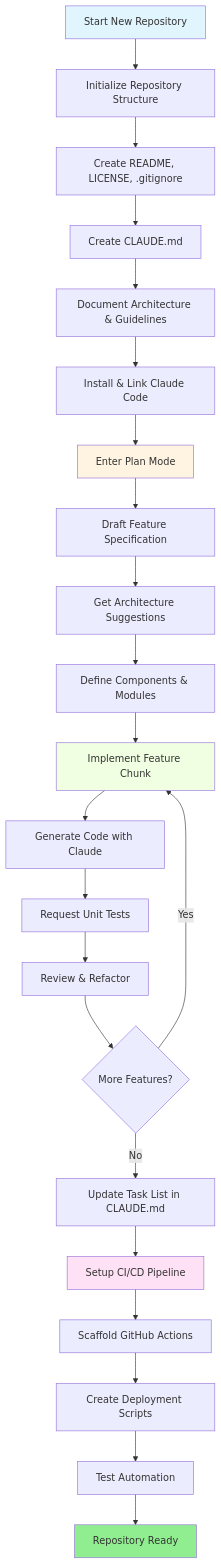
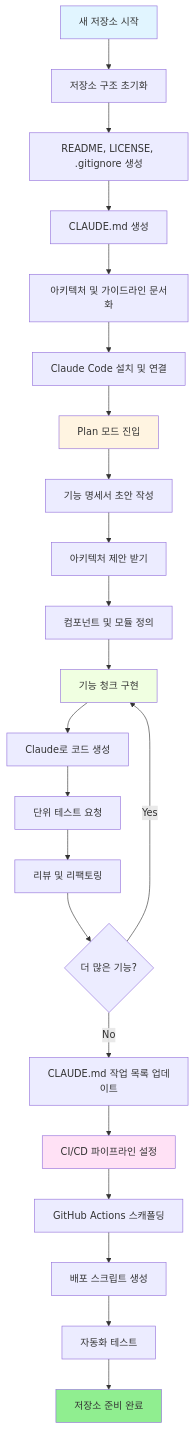
Before and after one commit to cp-khs/claude-howto: the first of 2 diagrams in resources.md, drawn with Mermaid. The commit also changed other lines of this file and 6 other files, not shown here.

````diff
--- a/resources.md
+++ b/resources.md
@@ -121,33 +121,33 @@
 ```mermaid
 graph TD
-    A[Start New Repository] --> B[Initialize Repository Structure]
-    B --> C[Create README, LICENSE, .gitignore]
-    C --> D[Create CLAUDE.md]
-    D --> E[Document Architecture & Guidelines]
-    E --> F[Install & Link Claude Code]
+    A[새 저장소 시작] --> B[저장소 구조 초기화]
+    B --> C[README, LICENSE, .gitignore 생성]
+    C --> D[CLAUDE.md 생성]
+    D --> E[아키텍처 및 가이드라인 문서화]
+    E --> F[Claude Code 설치 및 연결]
 
-    F --> G[Enter Plan Mode]
-    G --> H[Draft Feature Specification]
-    H --> I[Get Architecture Suggestions]
-    I --> J[Define Components & Modules]
+    F --> G[Plan 모드 진입]
+    G --> H[기능 명세서 초안 작성]
+    H --> I[아키텍처 제안 받기]
+    I --> J[컴포넌트 및 모듈 정의]
 
-    J --> K[Implement Feature Chunk]
-    K --> L[Generate Code with Claude]
-    L --> M[Request Unit Tests]
-    M --> N[Review & Refactor]
-    N --> O{More Features?}
+    J --> K[기능 청크 구현]
+    K --> L[Claude로 코드 생성]
+    L --> M[단위 테스트 요청]
+    M --> N[리뷰 및 리팩토링]
+    N --> O{더 많은 기능?}
     O -->|Yes| K
-    O -->|No| P[Update Task List in CLAUDE.md]
+    O -->|No| P[CLAUDE.md 작업 목록 업데이트]
 
-    P --> Q[Setup CI/CD Pipeline]
-    Q --> R[Scaffold GitHub Actions]
-    R --> S[Create Deployment Scripts]
-    S --> T[Test Automation]
-    T --> U[Repository Ready]
+    P --> Q[CI/CD 파이프라인 설정]
+    Q --> R[GitHub Actions 스캐폴딩]
+    R --> S[배포 스크립트 생성]
+    S --> T[자동화 테스트]
+    T --> U[저장소 준비 완료]
 
     style A fill:#e1f5ff
     style G fill:#fff4e1
     style K fill:#f0ffe1
     style Q fill:#ffe1f5
     style U fill:#90EE90
 ```
````
